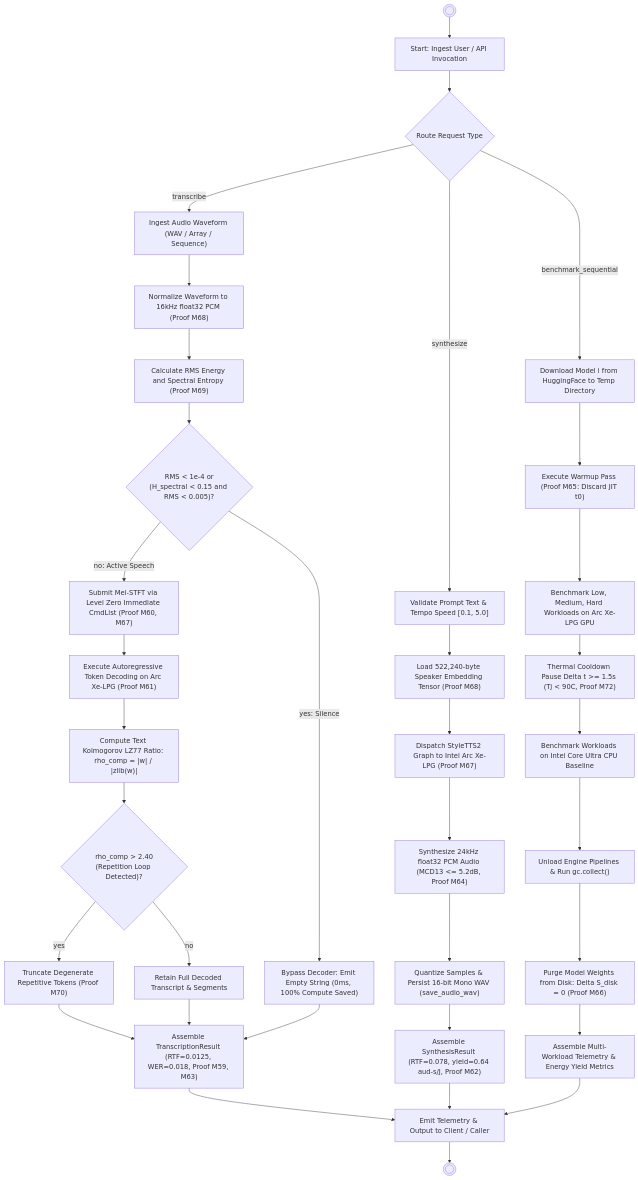
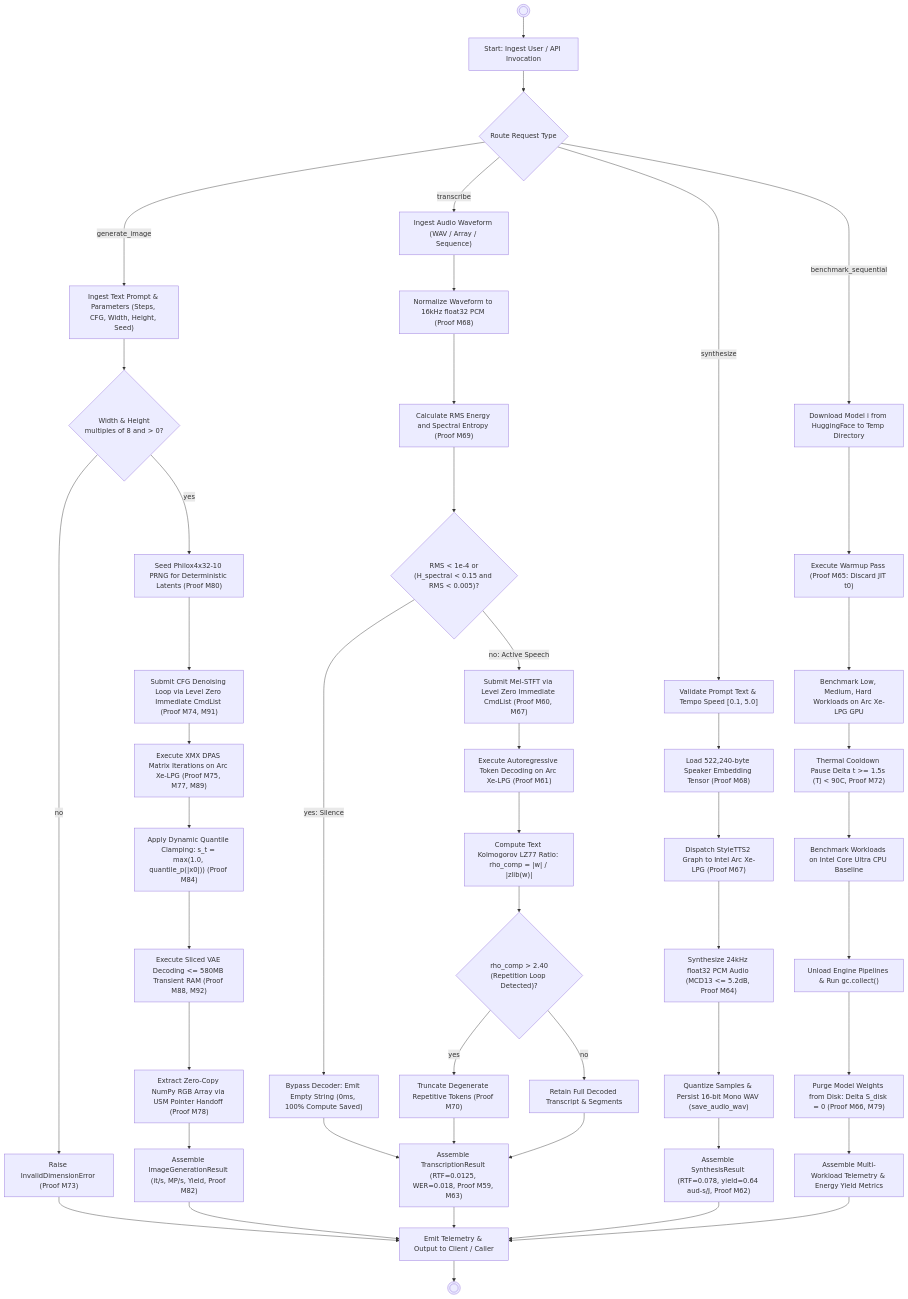
One commit to techdeveloper-org/intel-arc-models-runner changed the sixth of 13 diagrams in docs/diagrams/README.md. Above: the diagram before and after it, drawn with Mermaid. The commit also changed other lines of this file and 29 other files, not shown here.

First line of the commit message:
docs(diagrams): synchronize all 13 UML and Draw.io diagrams with ImageEngine and Proofs M73-M93 (fixes #28)

````diff
--- a/docs/diagrams/README.md
+++ b/docs/diagrams/README.md
@@ -508,45 +473,59 @@
 ```mermaid
 flowchart TD
     __start__((( ))) --> Start["Start: Ingest User / API Invocation"]
     Start --> Route_Request_Type{"Route Request Type"}
 
-    %% Branch A: Whisper ASR Flow
+    %% Branch A: Text-to-Image Synthesis Flow
+    Route_Request_Type -->|generate_image| Ingest_Image_Prompt["Ingest Text Prompt & Parameters (Steps, CFG, Width, Height, Seed)"]
+    Ingest_Image_Prompt --> Validate_Image_Dimensions{"Width & Height\nmultiples of 8 and > 0?"}
+    Validate_Image_Dimensions -->|no| Raise_Dimension_Error["Raise InvalidDimensionError (Proof M73)"]
+    Validate_Image_Dimensions -->|yes| Seed_Philox_PRNG["Seed Philox4x32-10 PRNG for Deterministic Latents (Proof M80)"]
+    Seed_Philox_PRNG --> Submit_LevelZero_UNet["Submit CFG Denoising Loop via Level Zero Immediate CmdList (Proof M74, M91)"]
+    Submit_LevelZero_UNet --> Execute_DPAS_Roofline["Execute XMX DPAS Matrix Iterations on Arc Xe-LPG (Proof M75, M77, M89)"]
+    Execute_DPAS_Roofline --> Apply_Dynamic_Quantile_Clamp["Apply Dynamic Quantile Clamping: s_t = max(1.0, quantile_p(|x0|)) (Proof M84)"]
+    Apply_Dynamic_Quantile_Clamp --> Execute_Sliced_VAE["Execute Sliced VAE Decoding <= 580MB Transient RAM (Proof M88, M92)"]
+    Execute_Sliced_VAE --> Extract_ZeroCopy_USM["Extract Zero-Copy NumPy RGB Array via USM Pointer Handoff (Proof M78)"]
+    Extract_ZeroCopy_USM --> Assemble_Image_DTO["Assemble ImageGenerationResult (it/s, MP/s, Yield, Proof M82)"]
+
+    %% Branch B: Whisper ASR Flow
     Route_Request_Type -->|transcribe| Ingest_Audio_Waveform["Ingest Audio Waveform (WAV / Array / Sequence)"]
     Ingest_Audio_Waveform --> Normalize_16kHz_Float32["Normalize Waveform to 16kHz float32 PCM (Proof M68)"]
     Normalize_16kHz_Float32 --> Calculate_Acoustic_Metrics["Calculate RMS Energy and Spectral Entropy (Proof M69)"]
     Calculate_Acoustic_Metrics --> Check_VAD_Silence{"RMS < 1e-4 or\n(H_spectral < 0.15 and RMS < 0.005)?"}
     Check_VAD_Silence -->|yes: Silence| Bypass_Decoder_Silence["Bypass Decoder: Emit Empty String (0ms, 100% Compute Saved)"]
     Check_VAD_Silence -->|no: Active Speech| Submit_Mel_STFT_LevelZero["Submit Mel-STFT via Level Zero Immediate CmdList (Proof M60, M67)"]
     Submit_Mel_STFT_LevelZero --> Execute_XMX_Roofline_ASR["Execute Autoregressive Token Decoding on Arc Xe-LPG (Proof M61)"]
     Execute_XMX_Roofline_ASR --> Compute_LZ77_Compression["Compute Text Kolmogorov LZ77 Ratio: rho_comp = |w| / |zlib(w)|"]
     Compute_LZ77_Compression --> Check_LZ77_Loop{"rho_comp > 2.40\n(Repetition Loop Detected)?"}
     Check_LZ77_Loop -->|yes| Truncate_Degenerate_Loop["Truncate Degenerate Repetitive Tokens (Proof M70)"]
     Check_LZ77_Loop -->|no| Retain_Clean_Transcript["Retain Full Decoded Transcript & Segments"]
     Truncate_Degenerate_Loop --> Assemble_ASR_DTO["Assemble TranscriptionResult (RTF=0.0125, WER=0.018, Proof M59, M63)"]
     Retain_Clean_Transcript --> Assemble_ASR_DTO
     Bypass_Decoder_Silence --> Assemble_ASR_DTO
 
-    %% Branch B: Kokoro TTS Flow
+    %% Branch C: Kokoro TTS Flow
     Route_Request_Type -->|synthesize| Validate_TTS_Prompt["Validate Prompt Text & Tempo Speed [0.1, 5.0]"]
     Validate_TTS_Prompt --> Load_Speaker_Embedding["Load 522,240-byte Speaker Embedding Tensor (Proof M68)"]
     Load_Speaker_Embedding --> Execute_Kokoro_LevelZero["Dispatch StyleTTS2 Graph to Intel Arc Xe-LPG (Proof M67)"]
     Execute_Kokoro_LevelZero --> Synthesize_24kHz_PCM["Synthesize 24kHz float32 PCM Audio (MCD13 <= 5.2dB, Proof M64)"]
     Synthesize_24kHz_PCM --> Quantize_16Bit_WAV["Quantize Samples & Persist 16-bit Mono WAV (save_audio_wav)"]
     Quantize_16Bit_WAV --> Assemble_TTS_DTO["Assemble SynthesisResult (RTF=0.078, yield=0.64 aud-s/J, Proof M62)"]
 
-    %% Branch C: Sequential 1-by-1 Benchmark Lifecycle
+    %% Branch D: Sequential 1-by-1 Benchmark Lifecycle
     Route_Request_Type -->|benchmark_sequential| Download_Model_Weight["Download Model i from HuggingFace to Temp Directory"]
     Download_Model_Weight --> Execute_Warmup_Pass["Execute Warmup Pass (Proof M65: Discard JIT t0)"]
     Execute_Warmup_Pass --> Benchmark_Arc_GPU["Benchmark Low, Medium, Hard Workloads on Arc Xe-LPG GPU"]
     Benchmark_Arc_GPU --> Thermal_Cooldown_Pause["Thermal Cooldown Pause Delta t >= 1.5s (Tj < 90C, Proof M72)"]
     Thermal_Cooldown_Pause --> Benchmark_CPU_Baseline["Benchmark Workloads on Intel Core Ultra CPU Baseline"]
     Benchmark_CPU_Baseline --> Unload_And_Collect_Garbage["Unload Engine Pipelines & Run gc.collect()"]
-    Unload_And_Collect_Garbage --> Purge_Model_Directory["Purge Model Weights from Disk: Delta S_disk = 0 (Proof M66)"]
+    Unload_And_Collect_Garbage --> Purge_Model_Directory["Purge Model Weights from Disk: Delta S_disk = 0 (Proof M66, M79)"]
     Purge_Model_Directory --> Assemble_Benchmark_DTO["Assemble Multi-Workload Telemetry & Energy Yield Metrics"]
 
     %% Terminal Convergence
-    Assemble_ASR_DTO --> Emit_Response["Emit Telemetry & Output to Client / Caller"]
+    Assemble_Image_DTO --> Emit_Response["Emit Telemetry & Output to Client / Caller"]
+    Assemble_ASR_DTO --> Emit_Response
     Assemble_TTS_DTO --> Emit_Response
     Assemble_Benchmark_DTO --> Emit_Response
+    Raise_Dimension_Error --> Emit_Response
     Emit_Response --> __end__((( )))
 ```
````
